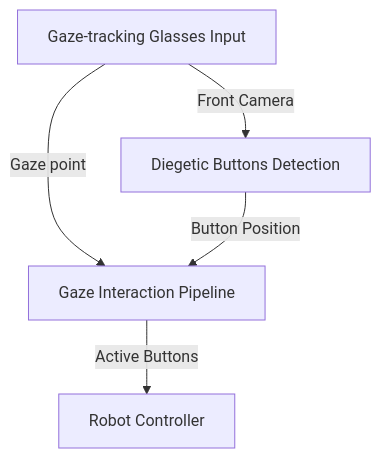
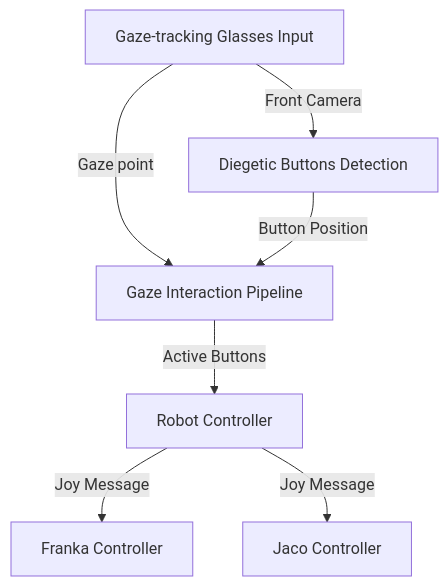
One commit to enunezs/DiegeticGazeControl changed the diagram in README.md. Above: the diagram before and after it, drawn with Mermaid. The commit also changed other lines of this file, not shown here.

````diff
--- a/README.md
+++ b/README.md
@@ -171,12 +170,16 @@
 ```mermaid
 graph TD
     A[Gaze-tracking Glasses Input] -->|Front Camera| B[Diegetic Buttons Detection]
     A -->|Gaze point| C[Gaze Interaction Pipeline]
     B -->|Button Position| C
     C -->|Active Buttons| D[Robot Controller]
+    D -->|Joy Message| E[Franka Controller]
+    D -->|Joy Message| F[Jaco Controller]
 
     click A href "https://github.com/enunezs/pupil_neon_pkg"
     click B href "/src/fiducials/"
     click C href "/src/diegetic_button_pkg/"
-    click D href "https://github.com/enunezs/ros2_franka_docker"
+    click E href "https://github.com/enunezs/ros2_franka_docker"
+    click F href "https://github.com/enunezs/ros2_jaco_controller"
+
 ```
````
